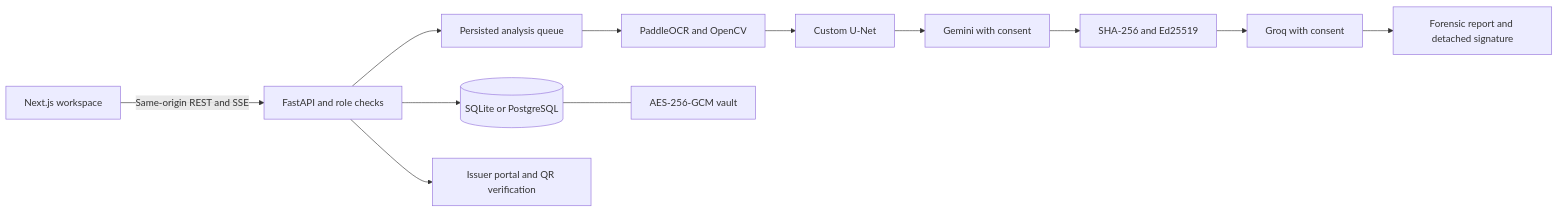
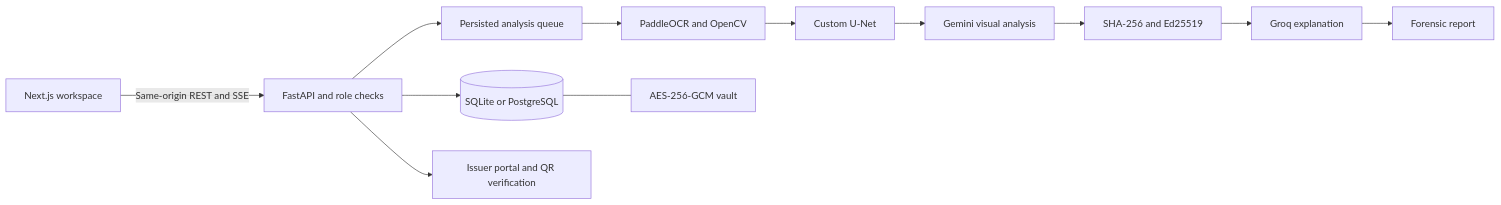
One commit to thanay2007/ISC-Project changed the diagram in README.md. Above: the diagram before and after it, drawn with Mermaid. The commit also changed other lines of this file and 75 other files, not shown here.

```diff
--- a/README.md
+++ b/README.md
@@ -58,14 +73,14 @@
 ~~~mermaid
 flowchart LR
   U[Next.js workspace] -->|Same-origin REST and SSE| A[FastAPI and role checks]
   A --> D[(SQLite or PostgreSQL)]
   A --> Q[Persisted analysis queue]
   Q --> O[PaddleOCR and OpenCV]
   O --> M[Custom U-Net]
-  M --> G[Gemini with consent]
+  M --> G[Gemini visual analysis]
   G --> C[SHA-256 and Ed25519]
-  C --> R[Groq with consent]
-  R --> P[Forensic report and detached signature]
+  C --> R[Groq explanation]
+  R --> P[Forensic report]
   D --- V[AES-256-GCM vault]
   A --> I[Issuer portal and QR verification]
 ~~~
```
